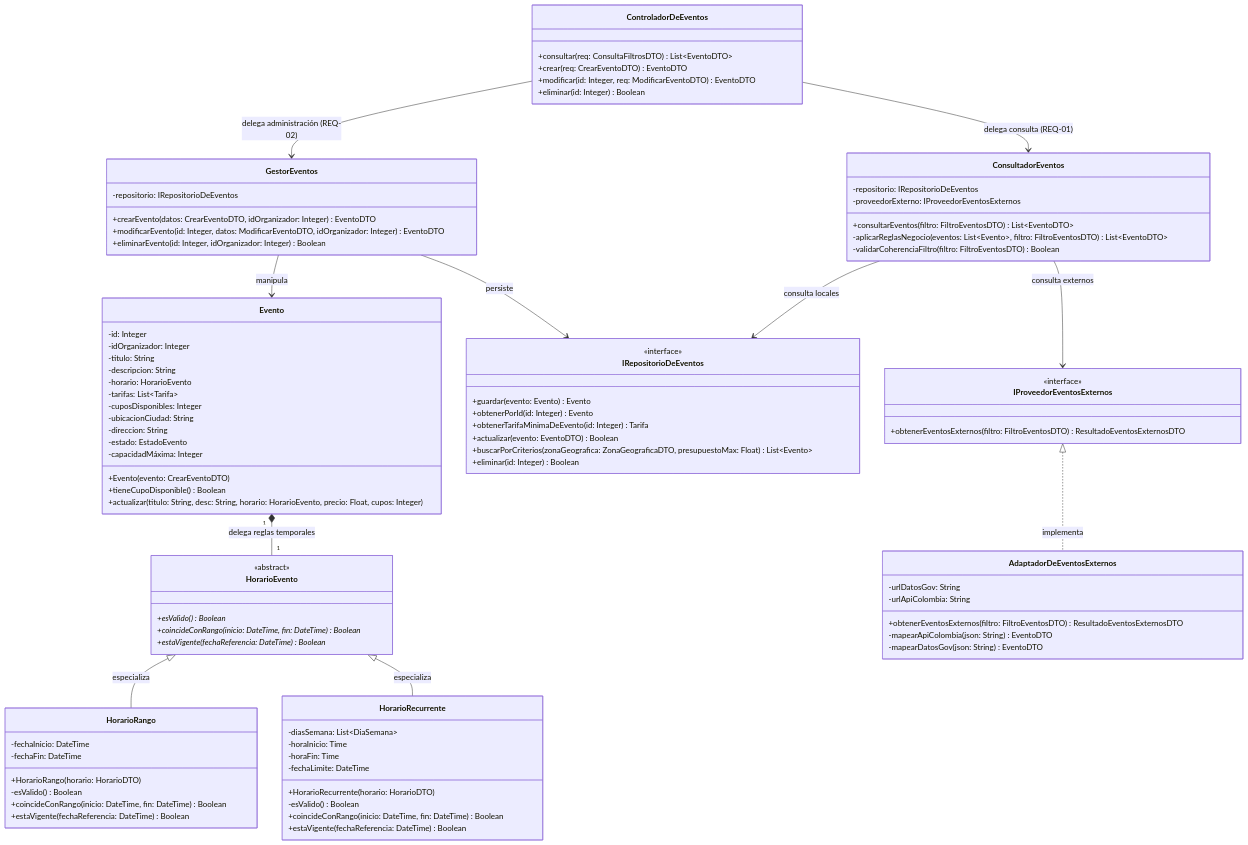
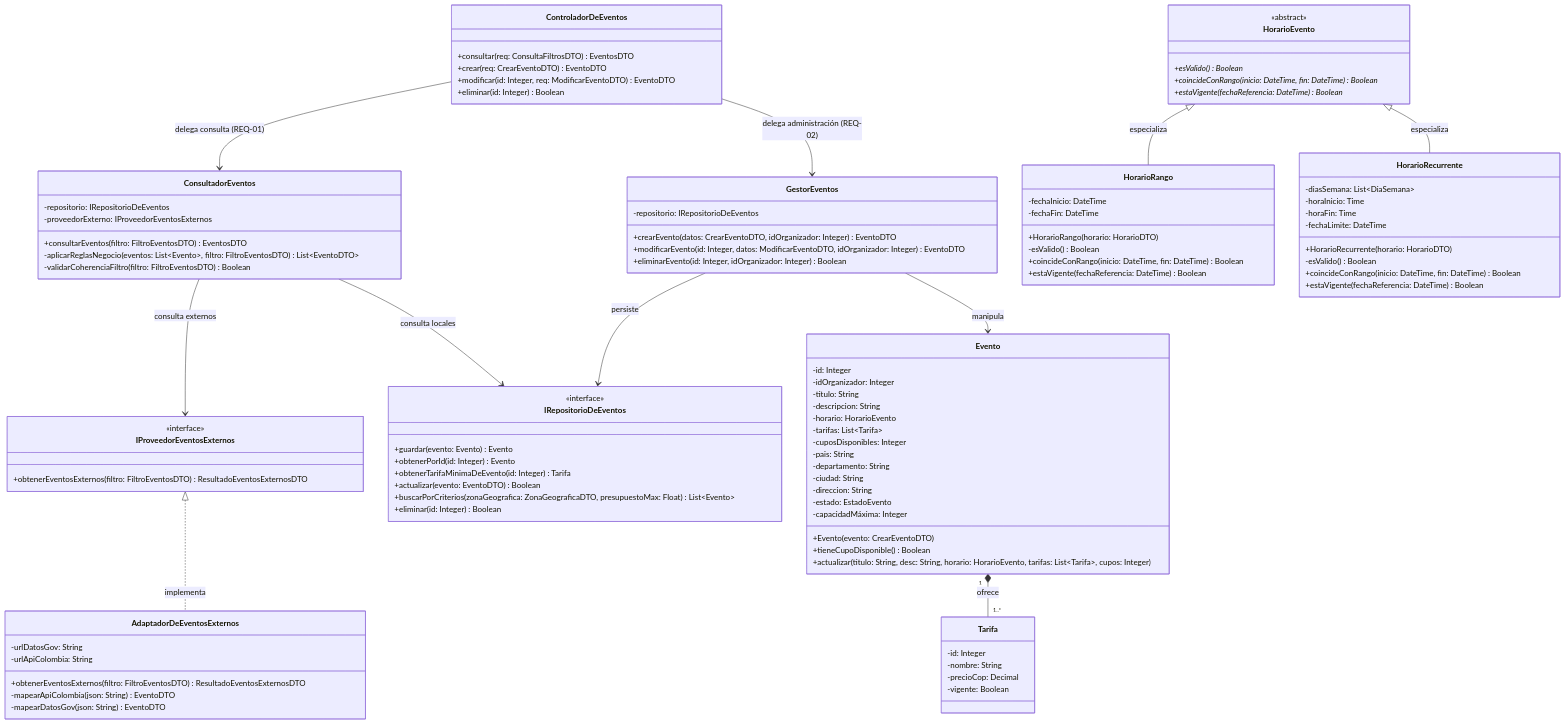
The second of 3 diagrams in Docs/Design/Diseño Arquitectónico detallado 01.md (ProyectPlanning/Sistema_de_eventos), drawn with Mermaid before and after one commit. The commit also changed other lines of this file, not shown here.

Commit message:
Update Diseño Arquitectónico detallado 01.md

````diff
--- a/Docs/Design/Diseño Arquitectónico detallado 01.md
+++ b/Docs/Design/Diseño Arquitectónico detallado 01.md
@@ -139,7 +139,7 @@
 classDiagram
     %% Capa de Entrada
     class ControladorDeEventos {
-        +consultar(req: ConsultaFiltrosDTO) List~EventoDTO~
+        +consultar(req: ConsultaFiltrosDTO) EventosDTO
         +crear(req: CrearEventoDTO) EventoDTO
         +modificar(id: Integer, req: ModificarEventoDTO) EventoDTO
         +eliminar(id: Integer) Boolean
@@ -149,7 +149,7 @@
     class ConsultadorEventos {
         -repositorio: IRepositorioDeEventos
         -proveedorExterno: IProveedorEventosExternos
-        +consultarEventos(filtro: FiltroEventosDTO) List~EventoDTO~
+        +consultarEventos(filtro: FiltroEventosDTO) EventosDTO
         -aplicarReglasNegocio(eventos: List~Evento~, filtro: FiltroEventosDTO) List~EventoDTO~
         -validarCoherenciaFiltro(filtro: FiltroEventosDTO) Boolean
     }
@@ -170,13 +170,23 @@
         -horario: HorarioEvento
         -tarifas: List~Tarifa~
         -cuposDisponibles: Integer
-        -ubicacionCiudad: String
+        -pais: String
+        -departamento: String
+        -ciudad: String
         -direccion: String
         -estado: EstadoEvento
         -capacidadMáxima: Integer
         +Evento(evento: CrearEventoDTO)
         +tieneCupoDisponible() Boolean
-        +actualizar(titulo: String, desc: String, horario: HorarioEvento, precio: Float, cupos: Integer)
+        +actualizar(titulo: String, desc: String, horario: HorarioEvento, tarifas: List~Tarifa~, cupos: Integer)
+    }
+
+
+    class Tarifa {
+        -id: Integer
+        -nombre: String
+        -precioCop: Decimal
+        -vigente: Boolean
     }
 
     class HorarioEvento {
@@ -238,7 +248,7 @@
     IProveedorEventosExternos <|.. AdaptadorDeEventosExternos : implementa
     GestorEventos --> Evento : manipula
     GestorEventos --> IRepositorioDeEventos : persiste
-    Evento "1" *-- "1" HorarioEvento : delega reglas temporales
+    Evento "1" *-- "1..*" Tarifa : ofrece
     HorarioEvento <|-- HorarioRango : especializa
     HorarioEvento <|-- HorarioRecurrente : especializa
 ```
````
